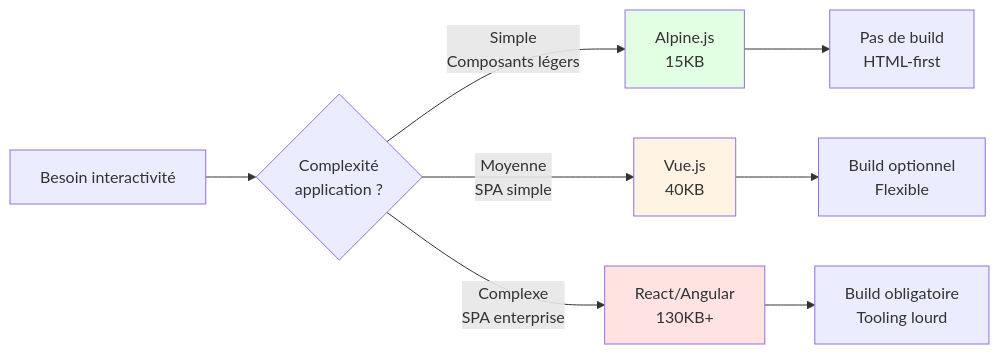
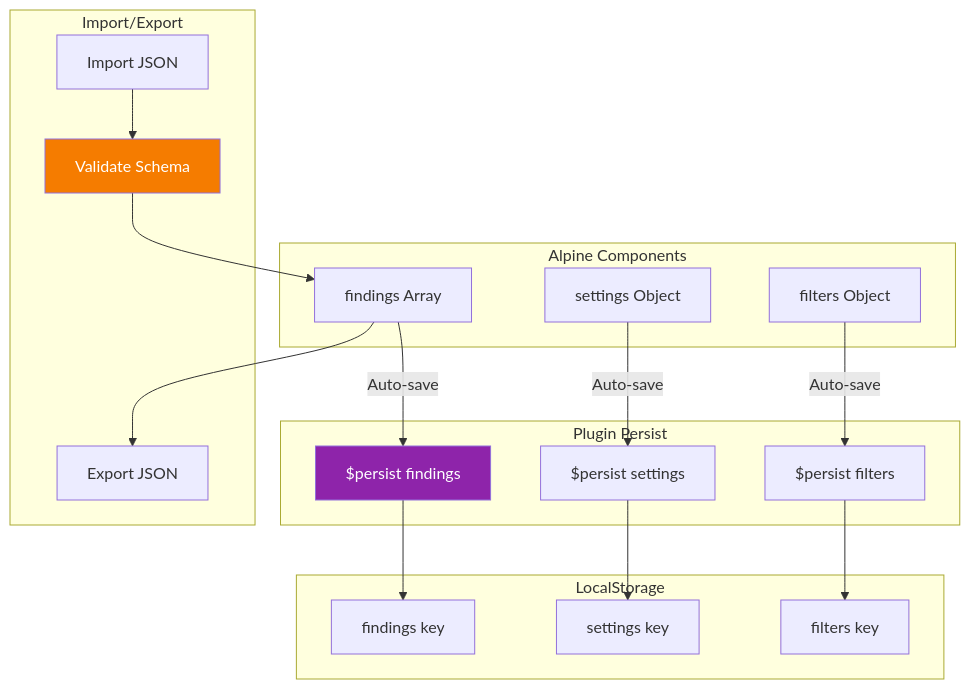
One commit to zyrass/omnydocs changed the fifth of 5 diagrams in docs/dev-cloud/lang/alpinejs-fondamentaux.md. Above: the diagram before and after it, drawn with Mermaid. The commit also changed other lines of this file and 30 other files, not shown here.

````diff
--- a/docs/dev-cloud/lang/alpinejs-fondamentaux.md
+++ b/docs/dev-cloud/lang/alpinejs-fondamentaux.md
@@ -123,16 +2747,41 @@
 ```mermaid
-graph LR
-    A[Besoin interactivité] --> B{Complexité<br/>application ?}
+graph TB
+    subgraph "Alpine Components"
+        A[findings Array]
+        B[settings Object]
+        C[filters Object]
+    end
     
-    B -->|Simple<br/>Composants légers| C[Alpine.js<br/>15KB]
-    B -->|Moyenne<br/>SPA simple| D[Vue.js<br/>40KB]
-    B -->|Complexe<br/>SPA enterprise| E[React/Angular<br/>130KB+]
+    subgraph "Plugin Persist"
+        D[$persist findings]
+        E[$persist settings]
+        F[$persist filters]
+    end
     
-    C --> F[Pas de build<br/>HTML-first]
-    D --> G[Build optionnel<br/>Flexible]
-    E --> H[Build obligatoire<br/>Tooling lourd]
+    subgraph "LocalStorage"
+        G[findings key]
+        H[settings key]
+        I[filters key]
+    end
     
-    style C fill:#e3ffe3
-    style D fill:#fff3e3
-    style E fill:#ffe3e3
+    subgraph "Import/Export"
+        J[Export JSON]
+        K[Import JSON]
+        L[Validate Schema]
+    end
+    
+    A -->|Auto-save| D
+    B -->|Auto-save| E
+    C -->|Auto-save| F
+    
+    D --> G
+    E --> H
+    F --> I
+    
+    A --> J
+    K --> L
+    L --> A
+    
+    style D fill:#8e24aa,color:#fff
+    style L fill:#f57c00,color:#fff
 ```
````
